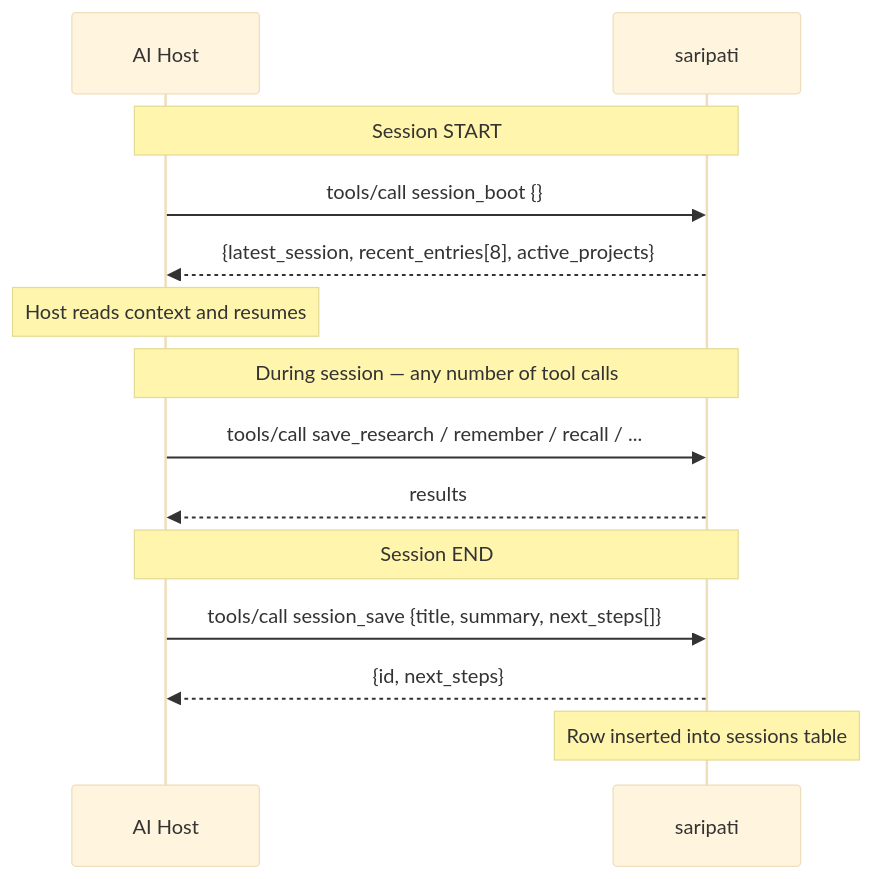
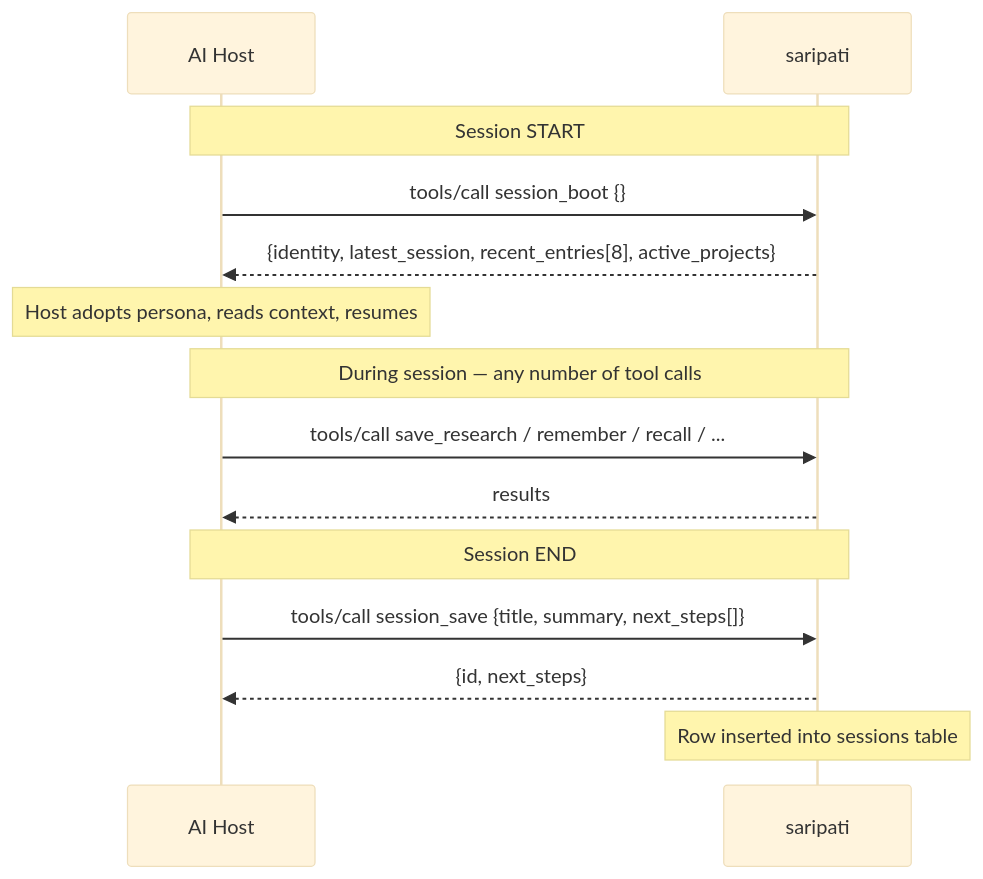
The fourth of 10 diagrams in docs/lifecycle.md (kyouscireul/saripati), drawn with Mermaid (base theme) before and after one commit. The commit also changed other lines of this file and 26 other files, not shown here.

````diff
--- a/docs/lifecycle.md
+++ b/docs/lifecycle.md
@@ -94,19 +109,19 @@
 ```mermaid
 sequenceDiagram
     participant AI as AI Host
     participant S as saripati
 
     Note over AI,S: Session START
     AI->>S: tools/call session_boot {}
-    S-->>AI: {latest_session, recent_entries[8], active_projects}
-    Note over AI: Host reads context and resumes
+    S-->>AI: {identity, latest_session, recent_entries[8], active_projects}
+    Note over AI: Host adopts persona, reads context, resumes
 
     Note over AI,S: During session — any number of tool calls
     AI->>S: tools/call save_research / remember / recall / ...
     S-->>AI: results
 
     Note over AI,S: Session END
     AI->>S: tools/call session_save {title, summary, next_steps[]}
     S-->>AI: {id, next_steps}
     Note over S: Row inserted into sessions table
 ```
````
